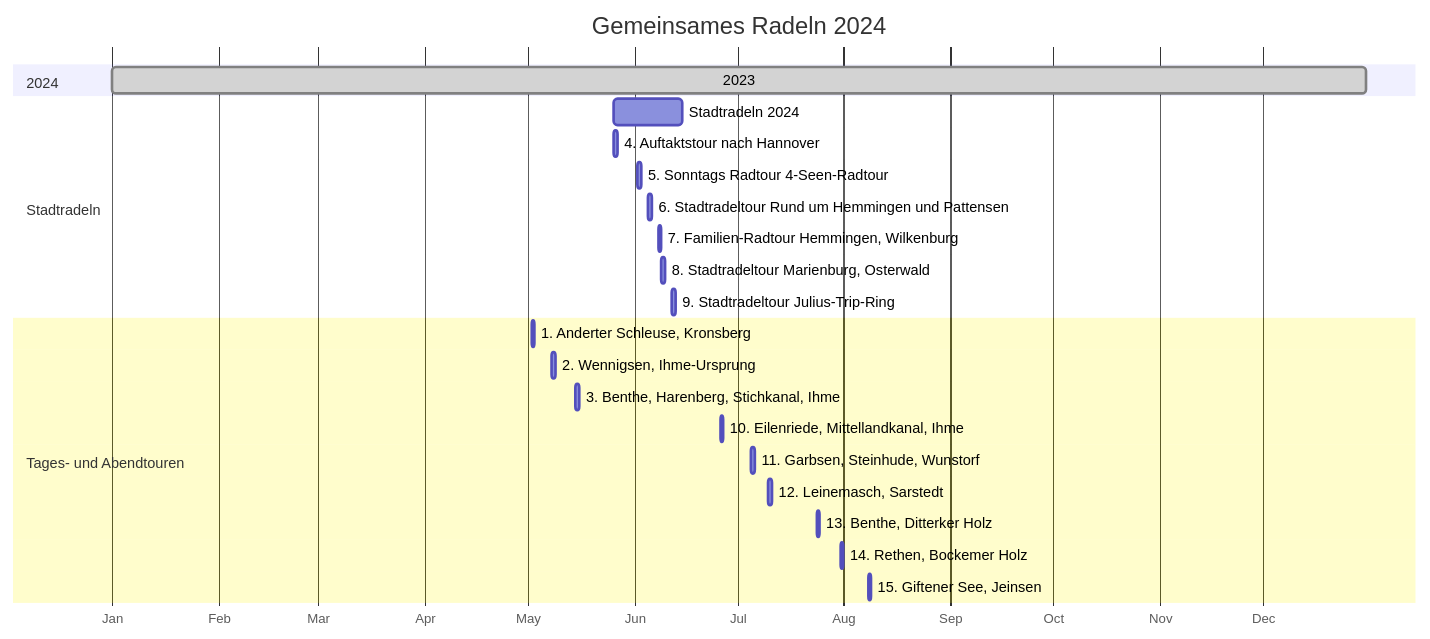
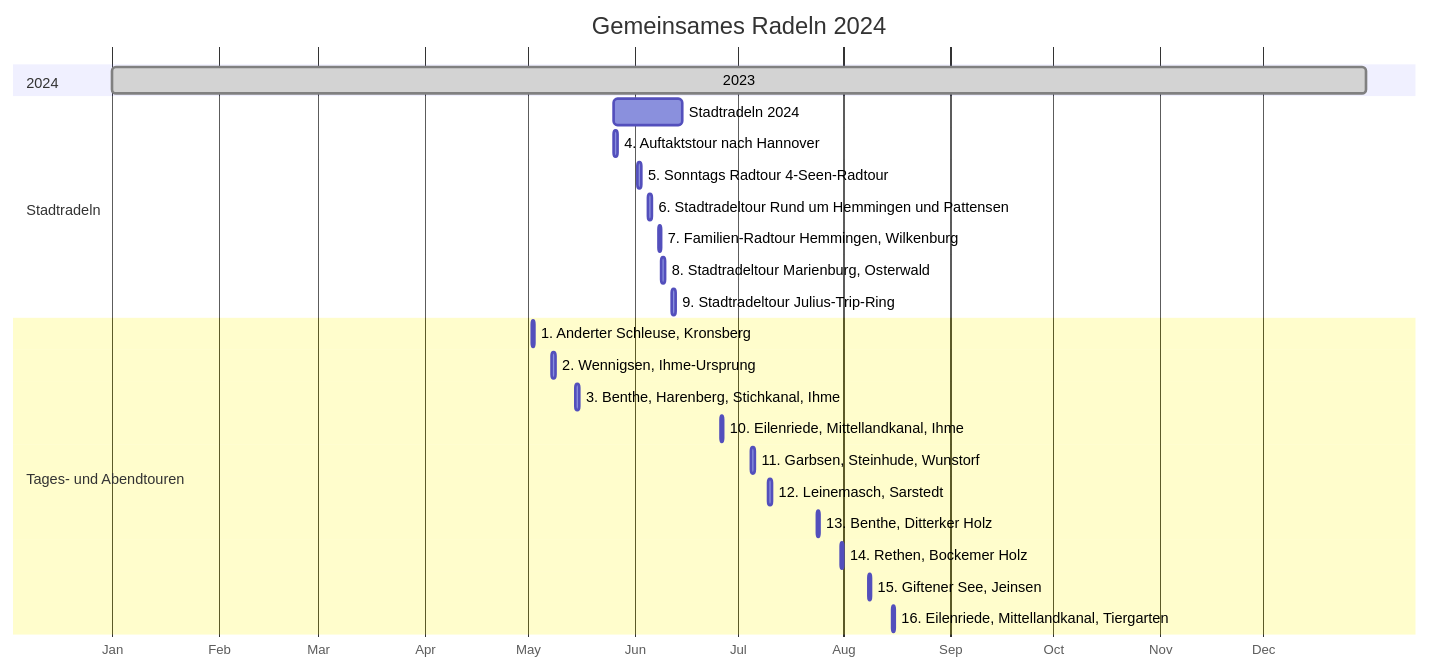
Before and after one commit to adfc-hemmingen-pattensen/pelican-md-soures: the diagram in Touren/Fahrradtouren2024.md, drawn with Mermaid.

````diff
--- a/Touren/Fahrradtouren2024.md
+++ b/Touren/Fahrradtouren2024.md
@@ -10,31 +10,32 @@
 ``` mermaid
 gantt
 dateFormat  YYYY-MM-DD
 title Gemeinsames Radeln 2024
 axisFormat  %b
 todayMarker stroke-width:0px
 
 section 2024
 2023: done, 2024-01-01, 2024-12-31
 
 section Stadtradeln  
 Stadtradeln 2024:          action, 2024-05-26, 2024-06-15
 4. Auftaktstour nach Hannover:   2024-05-26, 1d
 5. Sonntags Radtour 4-Seen-Radtour:   2024-06-02, 1d
 6. Stadtradeltour Rund um Hemmingen und Pattensen:     2024-06-05, 1d
 7. Familien-Radtour Hemmingen, Wilkenburg:    2024-06-08, 1d
 8. Stadtradeltour Marienburg, Osterwald:    2024-06-09, 1d
 9. Stadtradeltour Julius-Trip-Ring:     2024-06-12, 1d
 
 section Tages- und Abendtouren
 1. Anderter Schleuse, Kronsberg:      2024-05-02, 1d
 2. Wennigsen, Ihme-Ursprung: 2024-05-08, 1d
 3. Benthe, Harenberg, Stichkanal, Ihme: 2024-05-15, 1d
 10. Eilenriede, Mittellandkanal, Ihme: 2024-06-26, 1d
 11. Garbsen, Steinhude, Wunstorf: 2024-07-05, 1d
 12. Leinemasch, Sarstedt: 2024-07-10, 1d
 13. Benthe, Ditterker Holz: 2024-07-24, 1d
 14. Rethen, Bockemer Holz: 2024-07-31, 1d
 15. Giftener See, Jeinsen: 2024-08-08, 1d
+16. Eilenriede, Mittellandkanal, Tiergarten: 2024-08-15, 1d
 
 ```
````
